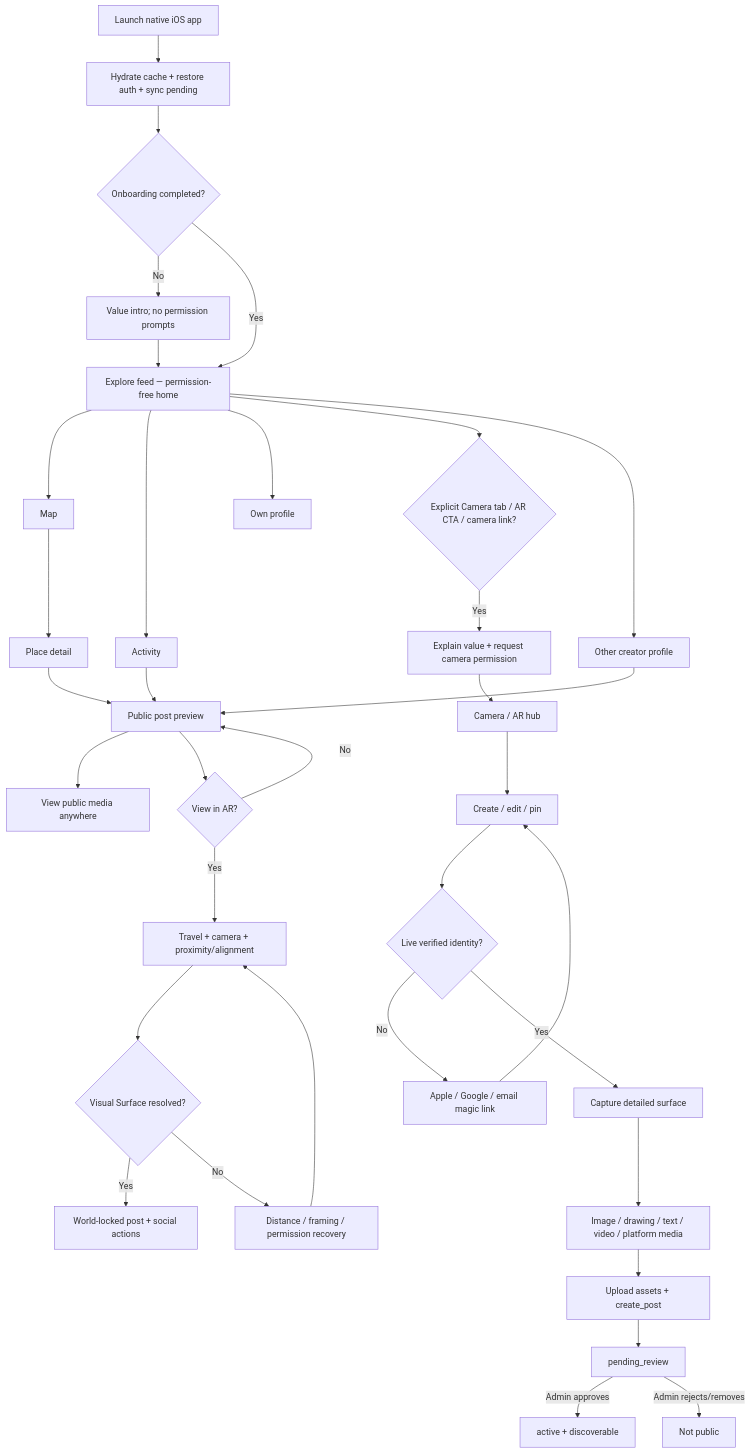
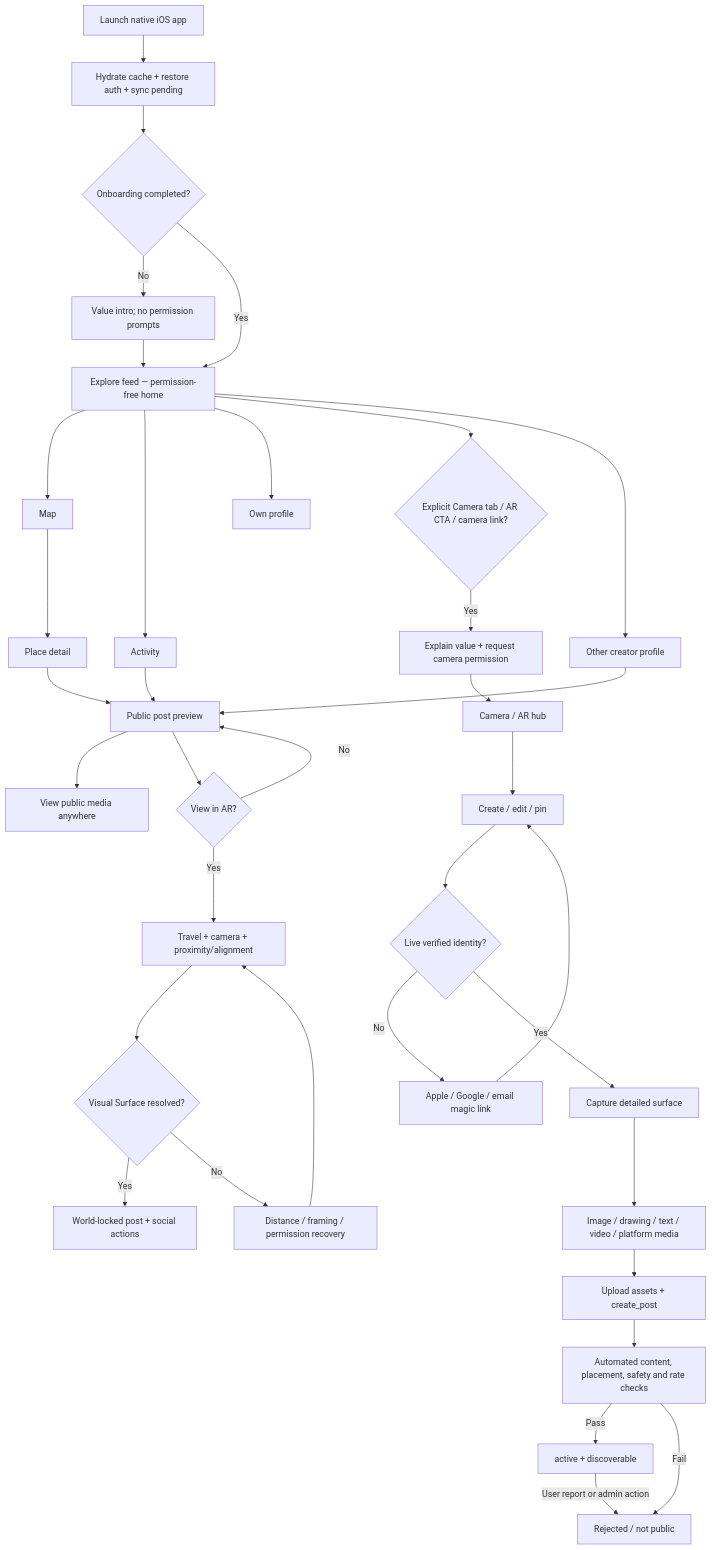
Before and after one commit to CrimsBerith/LociAR: the first of 17 diagrams in docs/ARCHITECTURE_AND_FLOW_DIAGRAMS.md, drawn with Mermaid. The commit also changed 691 other files, not shown here.

````diff
--- a/docs/ARCHITECTURE_AND_FLOW_DIAGRAMS.md
+++ b/docs/ARCHITECTURE_AND_FLOW_DIAGRAMS.md
@@ -11,38 +11,39 @@
 ```mermaid
 flowchart TD
   Launch["Launch native iOS app"] --> Bootstrap["Hydrate cache + restore auth + sync pending"]
   Bootstrap --> Onboarding{"Onboarding completed?"}
   Onboarding -- No --> Intro["Value intro; no permission prompts"] --> Explore
   Onboarding -- Yes --> Explore["Explore feed — permission-free home"]
 
   Explore --> Map["Map"]
   Explore --> Activity["Activity"]
   Explore --> OwnProfile["Own profile"]
   Explore --> CameraIntent{"Explicit Camera tab / AR CTA / camera link?"}
   CameraIntent -- Yes --> Permission["Explain value + request camera permission"]
   Permission --> Camera["Camera / AR hub"]
   Camera --> Create["Create / edit / pin"]
 
   Explore --> PublicProfile["Other creator profile"]
   Map --> Place["Place detail"]
   Activity --> Preview["Public post preview"]
   PublicProfile --> Preview
   Place --> Preview
 
   Preview --> Anywhere["View public media anywhere"]
   Preview --> ARChoice{"View in AR?"}
   ARChoice -- No --> Preview
   ARChoice -- Yes --> Proximity["Travel + camera + proximity/alignment"]
   Proximity --> Unlock{"Visual Surface resolved?"}
   Unlock -- Yes --> ARContent["World-locked post + social actions"]
   Unlock -- No --> Recovery["Distance / framing / permission recovery"] --> Proximity
 
   Create --> Identity{"Live verified identity?"}
   Identity -- No --> SignIn["Apple / Google / email magic link"] --> Create
   Identity -- Yes --> Capture["Capture detailed surface"]
   Capture --> Compose["Image / drawing / text / video / platform media"]
   Compose --> Publish["Upload assets + create_post"]
-  Publish --> Review["pending_review"]
-  Review -->|Admin approves| Active["active + discoverable"]
-  Review -->|Admin rejects/removes| Hidden["Not public"]
+  Publish --> Checks["Automated content, placement, safety and rate checks"]
+  Checks -->|Pass| Active["active + discoverable"]
+  Checks -->|Fail| Hidden["Rejected / not public"]
+  Active -->|User report or admin action| Hidden
 ```
````
